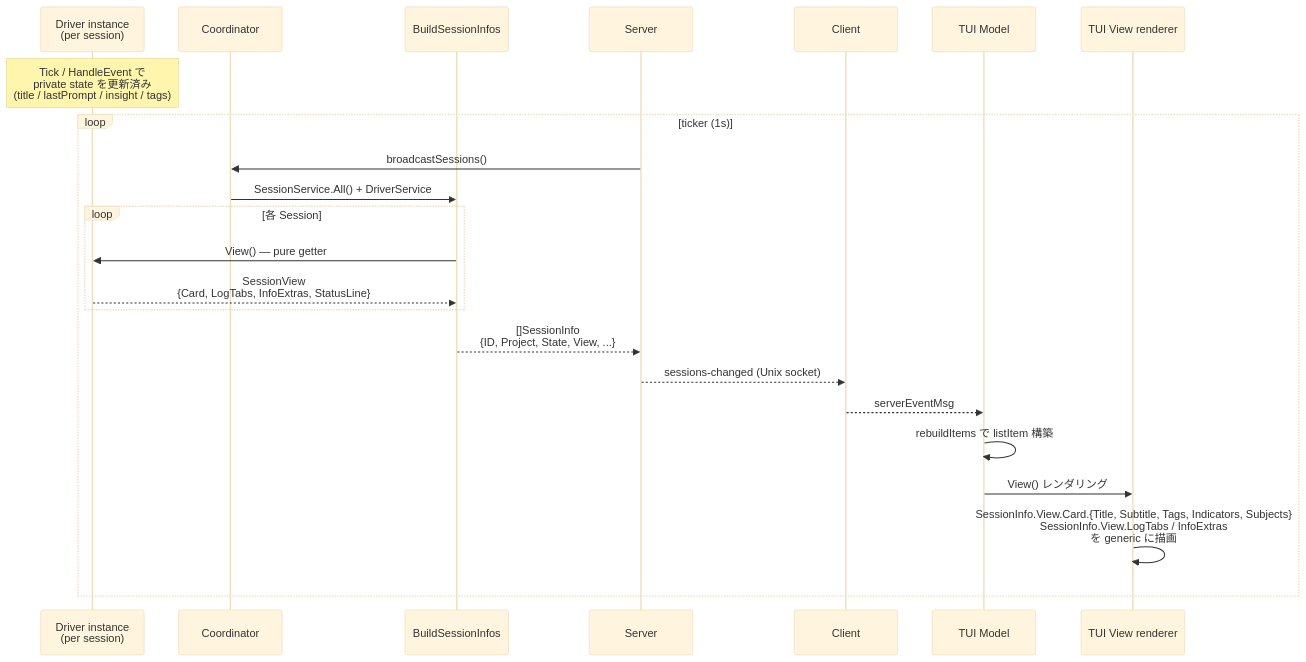
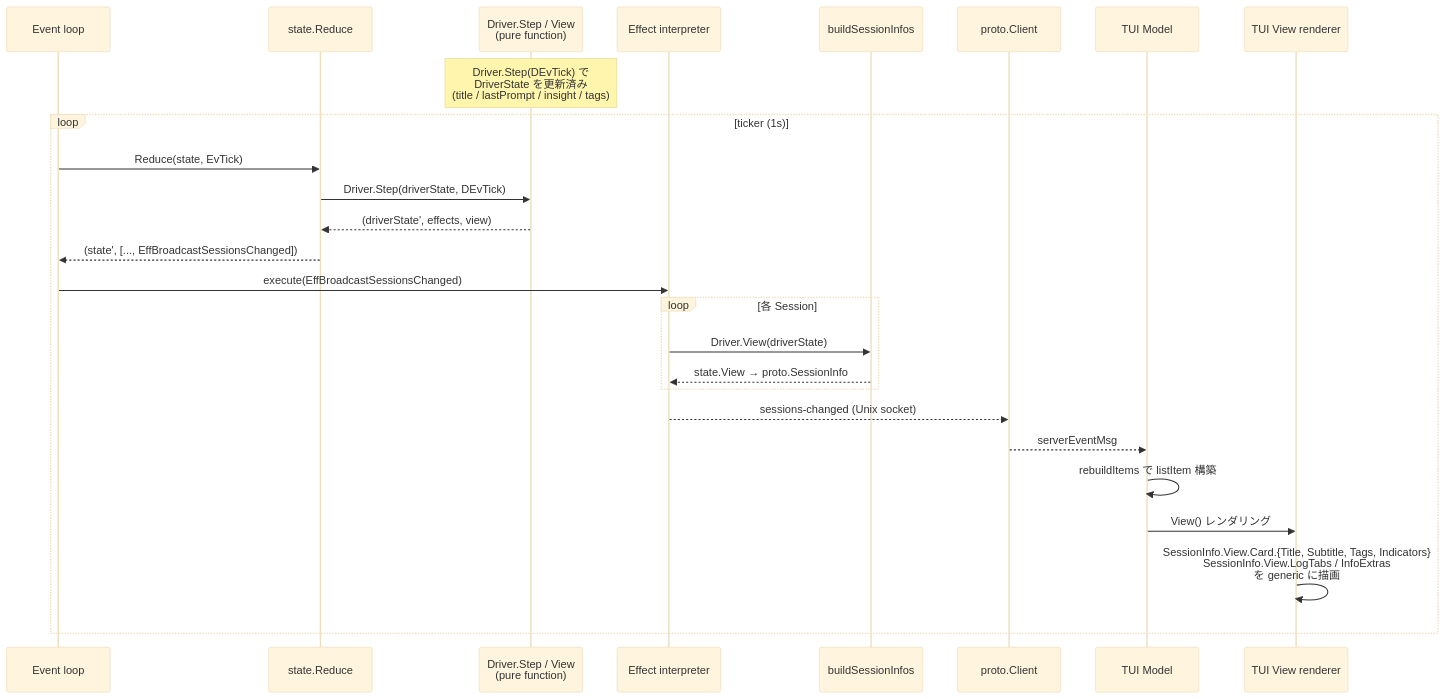
One commit to takezoh/agent-roost changed the first of 12 diagrams in ARCHITECTURE.md. Above: the diagram before and after it, drawn with Mermaid (base theme). The commit also changed other lines of this file, not shown here.

First line of the commit message:
Rewrite ARCHITECTURE.md for FCIS architecture

````diff
--- a/ARCHITECTURE.md
+++ b/ARCHITECTURE.md
@@ -90,27 +89,30 @@
 ```mermaid
 sequenceDiagram
-    participant D as Driver instance<br/>(per session)
-    participant Coord as Coordinator
-    participant Build as BuildSessionInfos
-    participant Server
-    participant Client
+    participant EL as Event loop
+    participant Red as state.Reduce
+    participant D as Driver.Step / View<br/>(pure function)
+    participant Interp as Effect interpreter
+    participant Bridge as buildSessionInfos
+    participant Client as proto.Client
     participant Model as TUI Model
     participant Render as TUI View renderer
 
-    Note over D: Tick / HandleEvent で<br/>private state を更新済み<br/>(title / lastPrompt / insight / tags)
+    Note over D: Driver.Step(DEvTick) で<br/>DriverState を更新済み<br/>(title / lastPrompt / insight / tags)
 
     loop ticker (1s)
-        Server->>Coord: broadcastSessions()
-        Coord->>Build: SessionService.All() + DriverService
+        EL->>Red: Reduce(state, EvTick)
+        Red->>D: Driver.Step(driverState, DEvTick)
+        D-->>Red: (driverState', effects, view)
+        Red-->>EL: (state', [..., EffBroadcastSessionsChanged])
+        EL->>Interp: execute(EffBroadcastSessionsChanged)
         loop 各 Session
-            Build->>D: View() — pure getter
-            D-->>Build: SessionView<br/>{Card, LogTabs, InfoExtras, StatusLine}
+            Interp->>Bridge: Driver.View(driverState)
+            Bridge-->>Interp: state.View → proto.SessionInfo
         end
-        Build-->>Server: []SessionInfo<br/>{ID, Project, State, View, ...}
-        Server-->>Client: sessions-changed (Unix socket)
+        Interp-->>Client: sessions-changed (Unix socket)
         Client-->>Model: serverEventMsg
         Model->>Model: rebuildItems で listItem 構築
         Model->>Render: View() レンダリング
-        Render->>Render: SessionInfo.View.Card.{Title, Subtitle, Tags, Indicators, Subjects}<br/>SessionInfo.View.LogTabs / InfoExtras<br/>を generic に描画
+        Render->>Render: SessionInfo.View.Card.{Title, Subtitle, Tags, Indicators}<br/>SessionInfo.View.LogTabs / InfoExtras<br/>を generic に描画
     end
 ```
````
